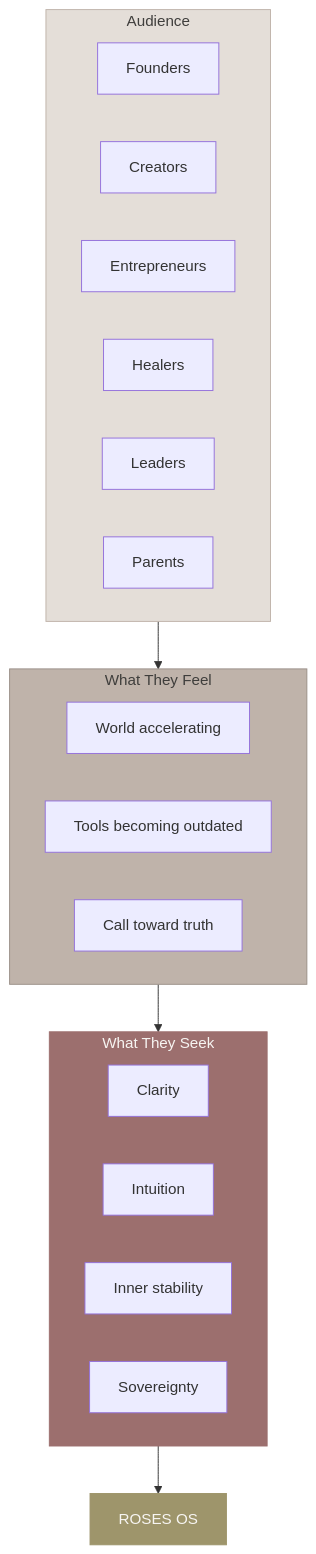
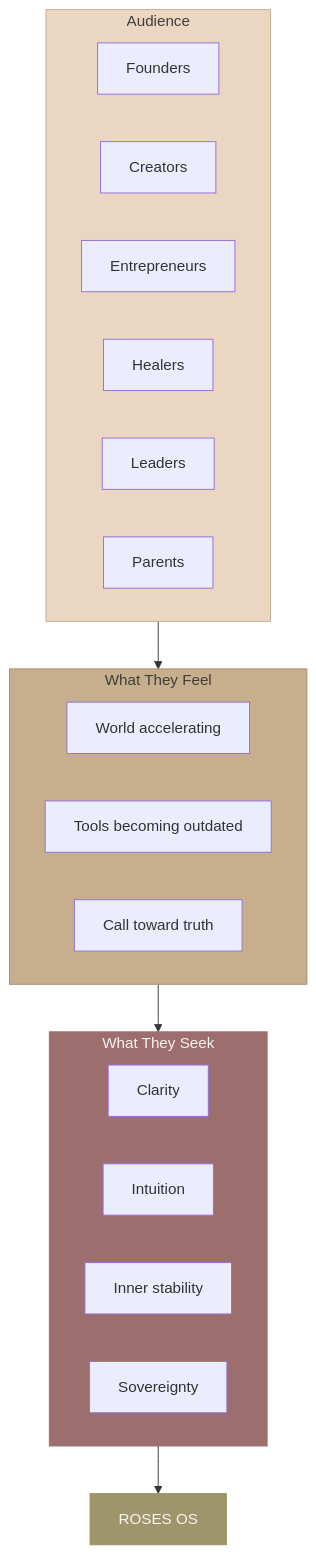
The fourth of 28 diagrams in docs/brand/brand-dna.md (Light-Brands/roses-os), drawn with Mermaid before and after one commit. The commit also changed other lines of this file and 2 other files, not shown here.

````diff
--- a/docs/brand/brand-dna.md
+++ b/docs/brand/brand-dna.md
@@ -172,27 +172,27 @@
 ```mermaid
 graph TD
     subgraph WHO["Audience"]
         F[Founders] & CR[Creators] & E[Entrepreneurs]
         H[Healers] & L[Leaders] & P[Parents]
     end
 
     subgraph FEEL["What They Feel"]
         WA["World accelerating"]
         TO["Tools becoming outdated"]
         CT["Call toward truth"]
     end
 
     subgraph DESIRE["What They Seek"]
         CL["Clarity"]
         IN["Intuition"]
         IS["Inner stability"]
         SV["Sovereignty"]
     end
 
     WHO --> FEEL --> DESIRE --> ROS["ROSES OS"]
 
-    style WHO fill:#E4DED8,color:#3F3E3C,stroke:#BFB3AA
-    style FEEL fill:#BFB3AA,color:#3F3E3C,stroke:#9A8F88
+    style WHO fill:#EBD6C1,color:#3F3E3C,stroke:#C7AE8C
+    style FEEL fill:#C7AE8C,color:#3F3E3C,stroke:#A8896D
     style DESIRE fill:#9C6F6E,color:#F7F5F2,stroke:#9C6F6E
     style ROS fill:#9E956B,color:#F7F5F2,stroke:#9E956B
 ```
````
